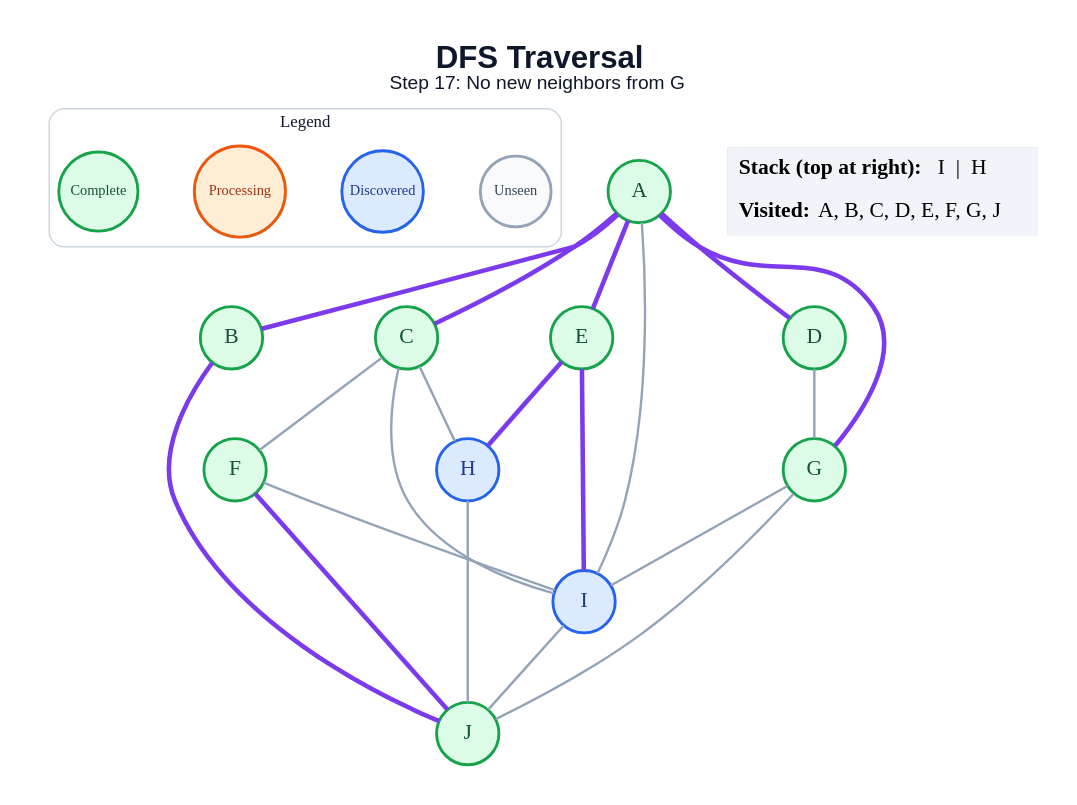
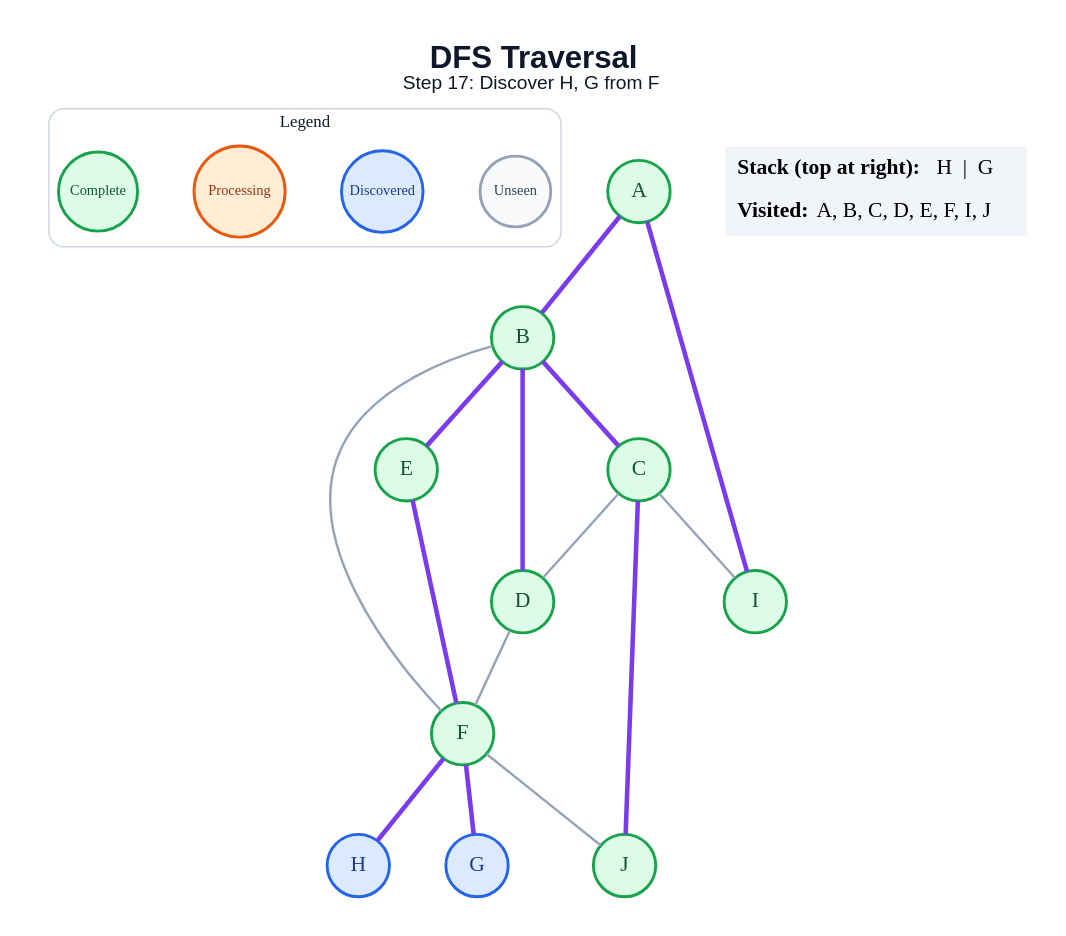
One commit to anon7238593-create/ai-slop changed the diagram in generated/specific-node/dfs/step_17.dot. Above: the diagram before and after it, drawn with Graphviz. The commit also changed 178 other files, not shown here.

```diff
--- a/generated/specific-node/dfs/step_17.dot
+++ b/generated/specific-node/dfs/step_17.dot
@@ -1,48 +1,43 @@
 graph traversal {
   graph [layout=dot, rankdir=TB, bgcolor="#FFFFFF", pad="0.35", nodesep="0.65", ranksep="0.8", fontname="Arial"];
   node [shape=circle, style="filled", fontname="Arial Bold", fontsize=18, width=0.72, fixedsize=true, penwidth=2.4];
   edge [color="#94A3B8", penwidth=2.0];
-  label=<<B>DFS Traversal</B><BR/><FONT POINT-SIZE="16">Step 17: No new neighbors from G</FONT>>; labelloc="t"; fontsize=26; fontname="Arial"; fontcolor="#0F172A";
+  label=<<B>DFS Traversal</B><BR/><FONT POINT-SIZE="16">Step 17: Discover H, G from F</FONT>>; labelloc="t"; fontsize=26; fontname="Arial"; fontcolor="#0F172A";
   subgraph cluster_legend { label="Legend"; color="#CBD5E1"; penwidth=1.2; style="rounded"; fontsize=14; fontname="Arial Bold";
     key_unseen [label="Unseen", fillcolor="#F8FAFC", color="#94A3B8", fontcolor="#334155", fontsize=12, width=0.82];
     key_frontier [label="Discovered", fillcolor="#DBEAFE", color="#2563EB", fontcolor="#1E3A8A", fontsize=12, width=0.95];
     key_current [label="Processing", fillcolor="#FFEDD5", color="#EA580C", fontcolor="#9A3412", fontsize=12, width=1.05];
     key_done [label="Complete", fillcolor="#DCFCE7", color="#16A34A", fontcolor="#14532D", fontsize=12, width=0.92];
     { rank=same; key_unseen; key_frontier; key_current; key_done; }
   }
   A [fillcolor="#DCFCE7", color="#16A34A", fontcolor="#14532D"];
   B [fillcolor="#DCFCE7", color="#16A34A", fontcolor="#14532D"];
   C [fillcolor="#DCFCE7", color="#16A34A", fontcolor="#14532D"];
   D [fillcolor="#DCFCE7", color="#16A34A", fontcolor="#14532D"];
   E [fillcolor="#DCFCE7", color="#16A34A", fontcolor="#14532D"];
   F [fillcolor="#DCFCE7", color="#16A34A", fontcolor="#14532D"];
-  G [fillcolor="#DCFCE7", color="#16A34A", fontcolor="#14532D"];
+  G [fillcolor="#DBEAFE", color="#2563EB", fontcolor="#1E3A8A"];
   H [fillcolor="#DBEAFE", color="#2563EB", fontcolor="#1E3A8A"];
-  I [fillcolor="#DBEAFE", color="#2563EB", fontcolor="#1E3A8A"];
+  I [fillcolor="#DCFCE7", color="#16A34A", fontcolor="#14532D"];
   J [fillcolor="#DCFCE7", color="#16A34A", fontcolor="#14532D"];
   A -- B [color="#7C3AED", penwidth=3.8];
-  A -- C [color="#7C3AED", penwidth=3.8];
-  A -- D [color="#7C3AED", penwidth=3.8];
-  A -- E [color="#7C3AED", penwidth=3.8];
-  A -- G [color="#7C3AED", penwidth=3.8];
-  A -- I;
-  B -- J [color="#7C3AED", penwidth=3.8];
-  C -- F;
-  C -- H;
+  A -- I [color="#7C3AED", penwidth=3.8];
+  B -- C [color="#7C3AED", penwidth=3.8];
+  B -- D [color="#7C3AED", penwidth=3.8];
+  B -- E [color="#7C3AED", penwidth=3.8];
+  B -- F;
+  C -- D;
   C -- I;
-  D -- G;
-  E -- H [color="#7C3AED", penwidth=3.8];
-  E -- I [color="#7C3AED", penwidth=3.8];
-  F -- I;
-  F -- J [color="#7C3AED", penwidth=3.8];
-  G -- I;
-  G -- J;
-  H -- J;
-  I -- J;
+  C -- J [color="#7C3AED", penwidth=3.8];
+  D -- F;
+  E -- F [color="#7C3AED", penwidth=3.8];
+  F -- G [color="#7C3AED", penwidth=3.8];
+  F -- H [color="#7C3AED", penwidth=3.8];
+  F -- J;
   status [shape=plain, fixedsize=false, width=0, height=0, margin=0, label=<
     <TABLE BORDER="0" CELLBORDER="0" CELLPADDING="7" BGCOLOR="#F1F5F9">
-      <TR><TD ALIGN="LEFT"><B>Stack (top at right):</B> I  |  H</TD></TR>
-      <TR><TD ALIGN="LEFT"><B>Visited:</B> A, B, C, D, E, F, G, J</TD></TR>
+      <TR><TD ALIGN="LEFT"><B>Stack (top at right):</B> H  |  G</TD></TR>
+      <TR><TD ALIGN="LEFT"><B>Visited:</B> A, B, C, D, E, F, I, J</TD></TR>
     </TABLE>
   >];
 }
```
